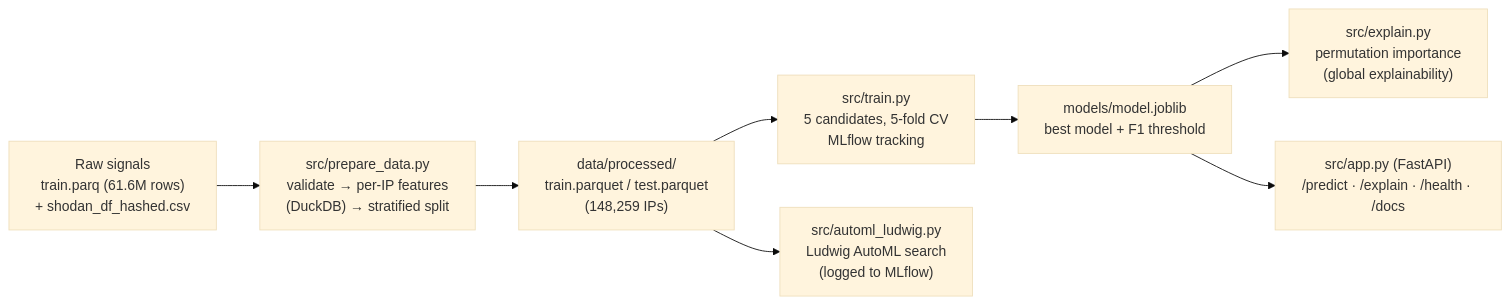
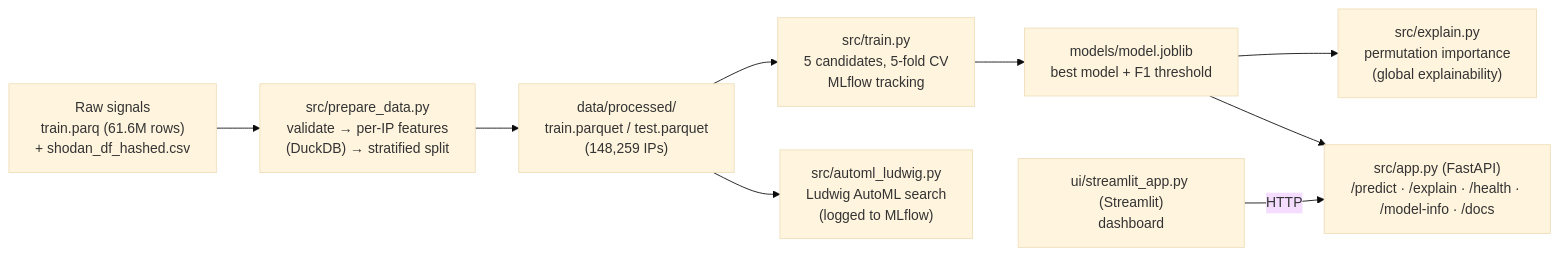
The diagram in README.md (uzair-khiiba/VPN-Classifier-MLOps), drawn with Mermaid (base theme) before and after one commit. The commit also changed other lines of this file and 87 other files, not shown here.

````diff
--- a/README.md
+++ b/README.md
@@ -12,10 +12,11 @@
 ```mermaid
 flowchart LR
     A["Raw signals<br/>train.parq (61.6M rows)<br/>+ shodan_df_hashed.csv"] --> B["src/prepare_data.py<br/>validate → per-IP features<br/>(DuckDB) → stratified split"]
     B --> C["data/processed/<br/>train.parquet / test.parquet<br/>(148,259 IPs)"]
     C --> D["src/train.py<br/>5 candidates, 5-fold CV<br/>MLflow tracking"]
     C --> L["src/automl_ludwig.py<br/>Ludwig AutoML search<br/>(logged to MLflow)"]
     E --> X["src/explain.py<br/>permutation importance<br/>(global explainability)"]
     D --> E["models/model.joblib<br/>best model + F1 threshold"]
-    E --> F["src/app.py (FastAPI)<br/>/predict · /explain · /health · /docs"]
+    E --> F["src/app.py (FastAPI)<br/>/predict · /explain · /health · /model-info · /docs"]
+    U["ui/streamlit_app.py (Streamlit)<br/>dashboard"] -->|HTTP| F
 ```
````
